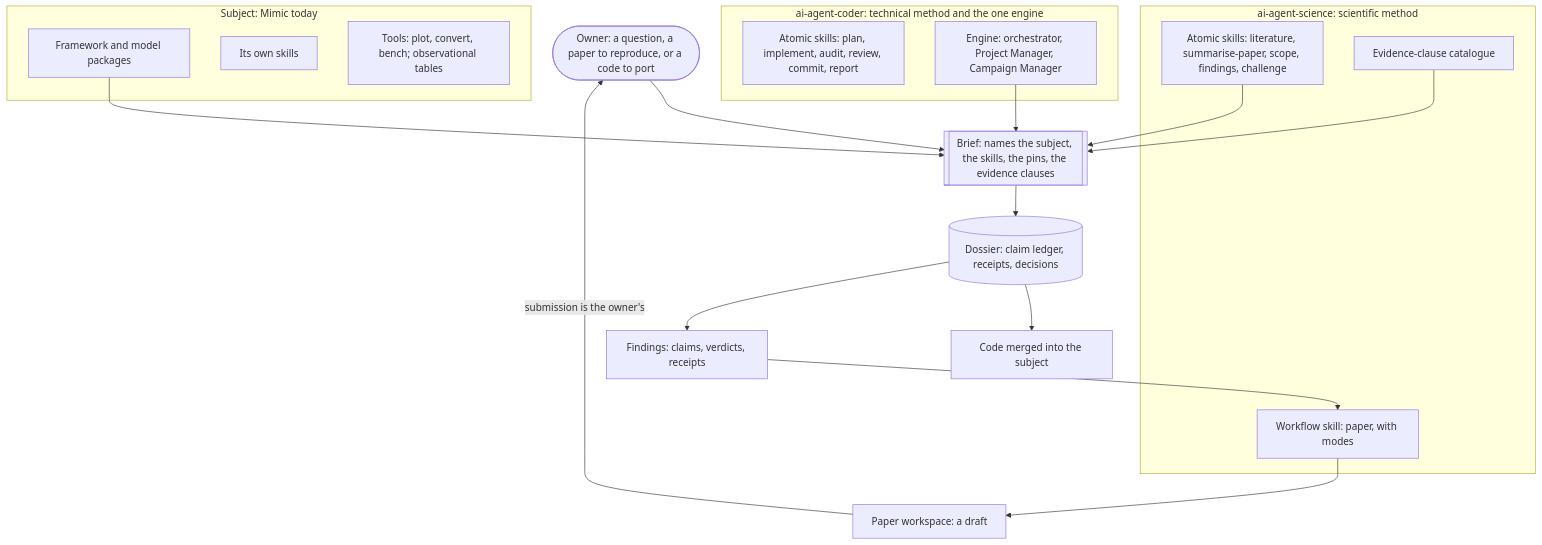
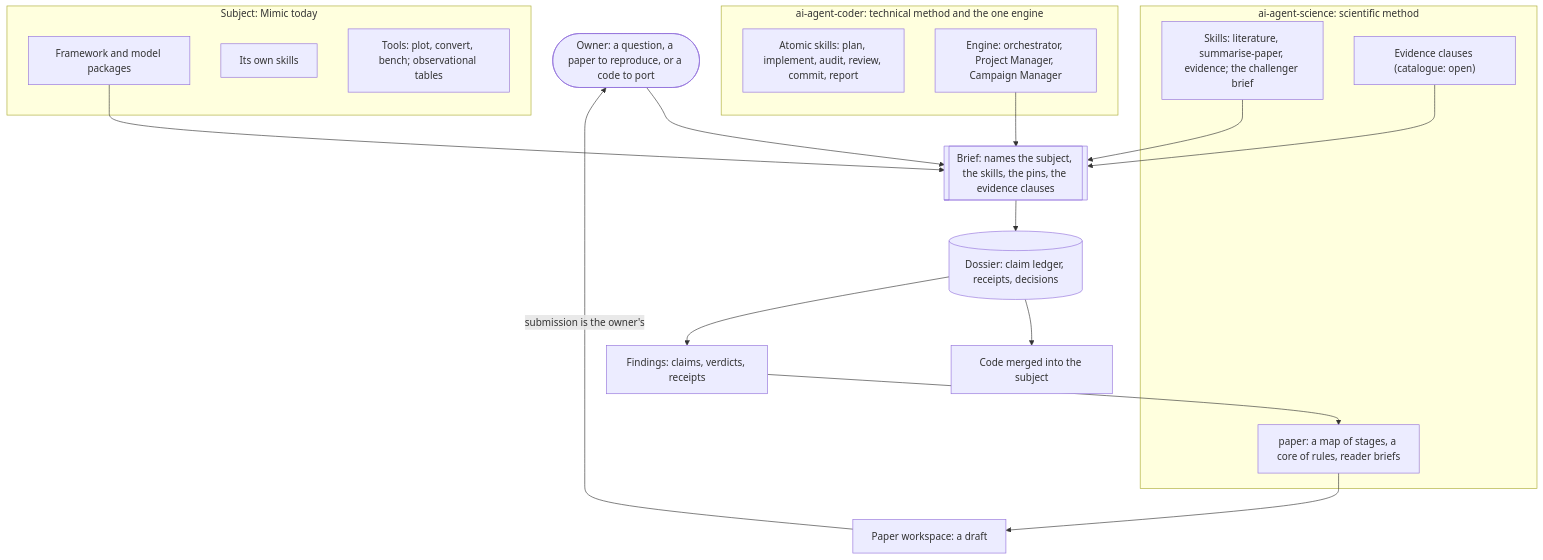
Before and after one commit to darrencroton/mimic: the first of 2 diagrams in docs/dev/AGENTIC-SCIENCE-ARCHITECTURE.md, drawn with Mermaid. The commit also changed other lines of this file and 1 other file, not shown here.

First line of the commit message:
docs/dev: ai-agent-science v5 in the architecture and the pathway

````diff
--- a/docs/dev/AGENTIC-SCIENCE-ARCHITECTURE.md
+++ b/docs/dev/AGENTIC-SCIENCE-ARCHITECTURE.md
@@ -73,39 +73,39 @@
 ```mermaid
 flowchart TB
     owner(["Owner: a question, a paper to reproduce, or a code to port"])
 
     subgraph coder["ai-agent-coder: technical method and the one engine"]
         c1["Atomic skills: plan, implement, audit, review, commit, report"]
         c2["Engine: orchestrator, Project Manager, Campaign Manager"]
     end
 
     subgraph science["ai-agent-science: scientific method"]
-        s1["Atomic skills: literature, summarise-paper, scope, findings, challenge"]
-        s2["Workflow skill: paper, with modes"]
-        s3["Evidence-clause catalogue"]
+        s1["Skills: literature, summarise-paper, evidence; the challenger brief"]
+        s2["paper: a map of stages, a core of rules, reader briefs"]
+        s3["Evidence clauses (catalogue: open)"]
     end
 
     subgraph subject["Subject: Mimic today"]
         m1["Framework and model packages"]
         m2["Its own skills"]
         m3["Tools: plot, convert, bench; observational tables"]
     end
 
     brief[["Brief: names the subject, the skills, the pins, the evidence clauses"]]
     dossier[("Dossier: claim ledger, receipts, decisions")]
     code["Code merged into the subject"]
     findings["Findings: claims, verdicts, receipts"]
     paper["Paper workspace: a draft"]
 
     owner --> brief
     c2 --> brief
     s1 --> brief
     s3 --> brief
     m1 --> brief
     brief --> dossier
     dossier --> code
     dossier --> findings
     findings --> s2
     s2 --> paper
     paper -->|"submission is the owner's"| owner
 ```
````
